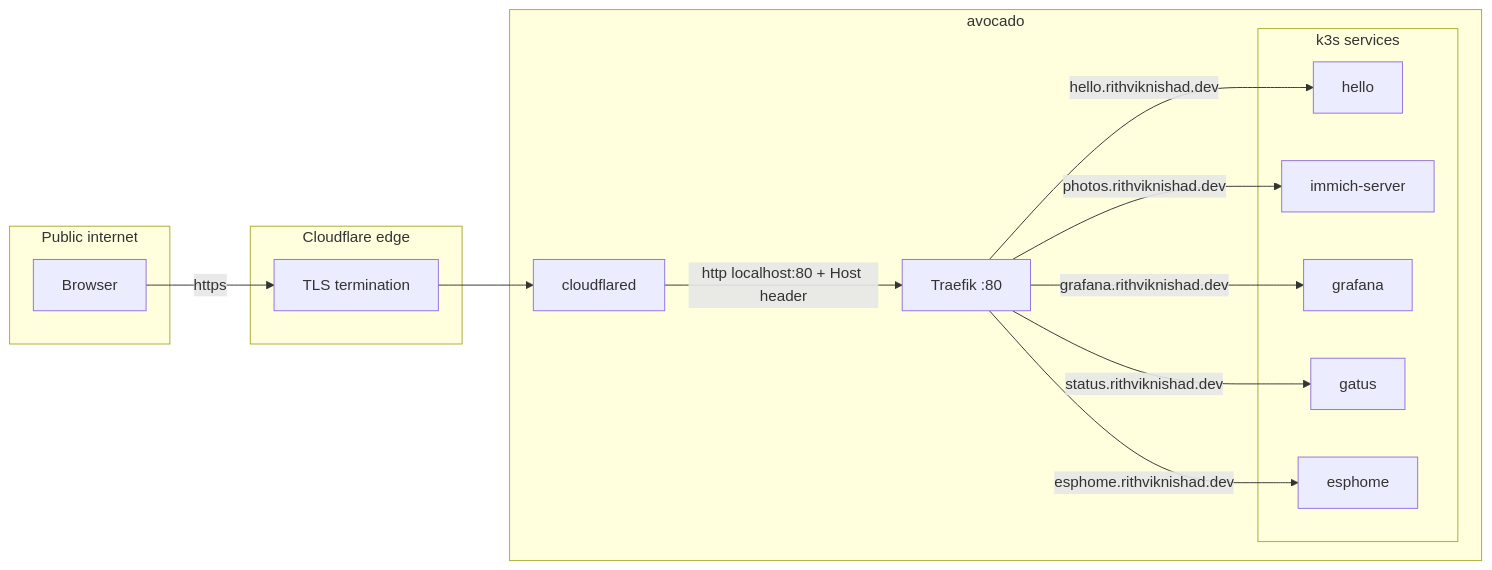
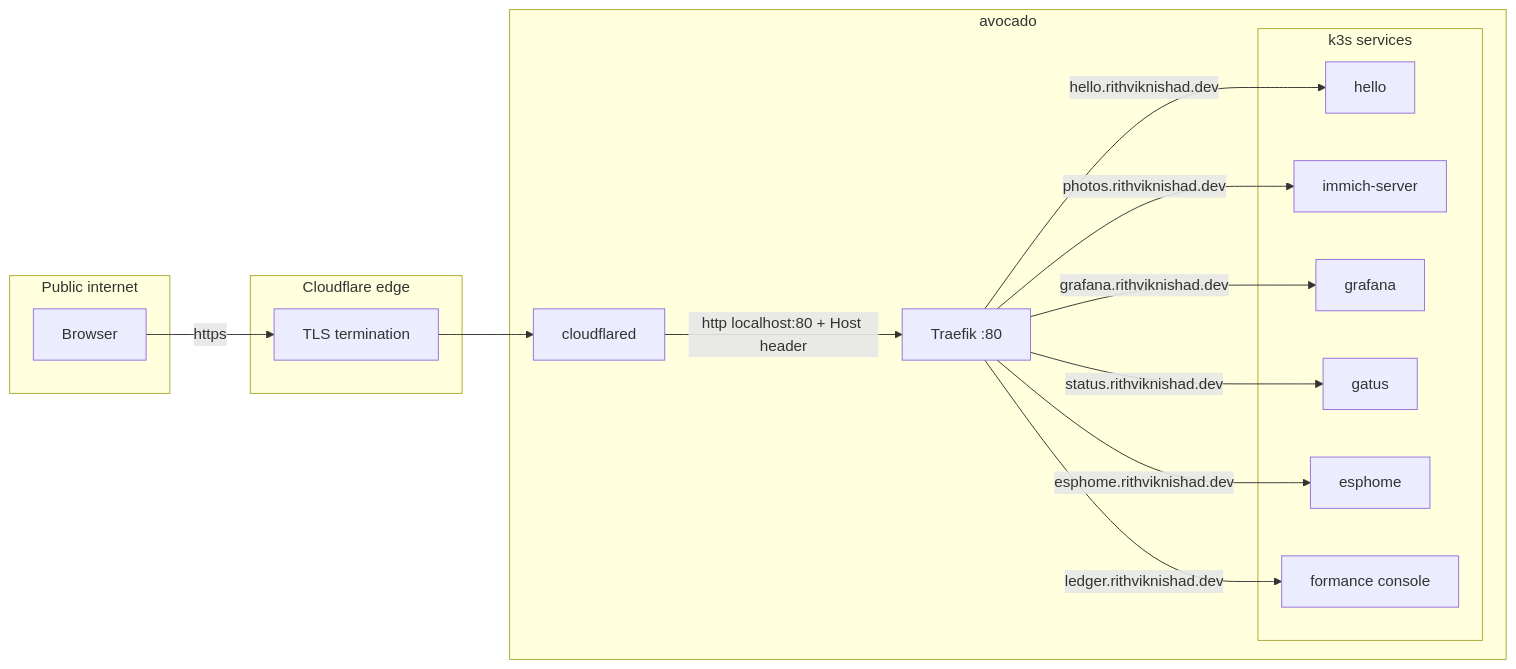
Before and after one commit to rithviknishad/systems.nix: the diagram in docs/networking.md, drawn with Mermaid. The commit also changed other lines of this file and 10 other files, not shown here.

````diff
--- a/docs/networking.md
+++ b/docs/networking.md
@@ -51,28 +51,30 @@
 ```mermaid
 flowchart LR
     subgraph internet[Public internet]
         user[Browser]
     end
     subgraph cf[Cloudflare edge]
         tls[TLS termination]
     end
     subgraph box[avocado]
         cd[cloudflared]
         traefik[Traefik :80]
         subgraph k8s[k3s services]
             hello[hello]
             immich[immich-server]
             grafana[grafana]
             gatus[gatus]
             esphome[esphome]
+            ledger[formance console]
         end
     end
 
     user -->|https| tls --> cd
     cd -->|http localhost:80 + Host header| traefik
     traefik -->|hello.rithviknishad.dev| hello
     traefik -->|photos.rithviknishad.dev| immich
     traefik -->|grafana.rithviknishad.dev| grafana
     traefik -->|status.rithviknishad.dev| gatus
     traefik -->|esphome.rithviknishad.dev| esphome
+    traefik -->|ledger.rithviknishad.dev| ledger
 ```
````
